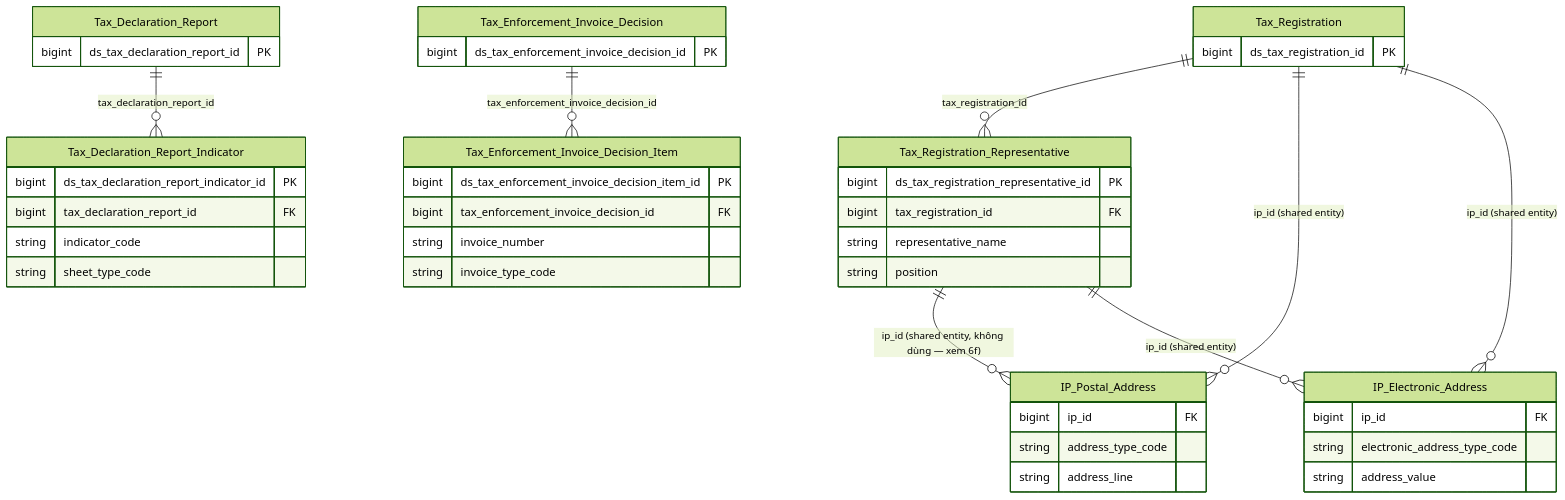
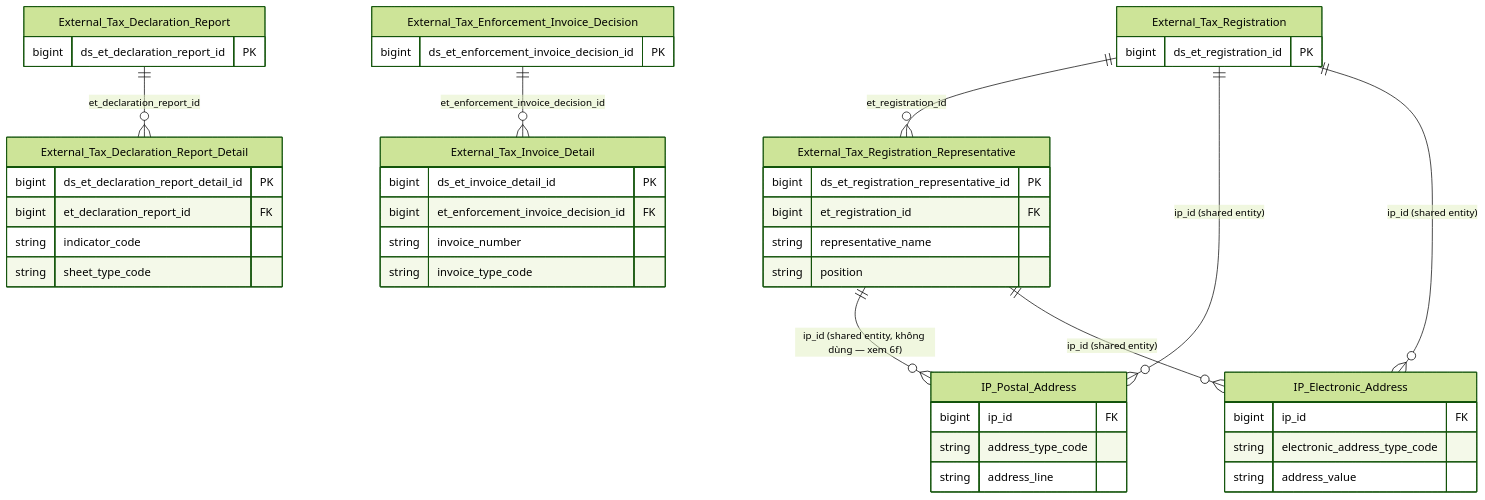
Before and after one commit to linhlvit/ubck_atomic_design: the second of 2 diagrams in DataModel/working/Atomic/hld/KNT_HLD_Tier2.md, drawn with Mermaid (forest theme). The commit also changed other lines of this file and 98 other files, not shown here.

````diff
--- a/DataModel/working/Atomic/hld/KNT_HLD_Tier2.md
+++ b/DataModel/working/Atomic/hld/KNT_HLD_Tier2.md
@@ -80,56 +80,56 @@
 ```mermaid
 erDiagram
-    Tax_Registration {
-        bigint ds_tax_registration_id PK
+    External_Tax_Registration {
+        bigint ds_et_registration_id PK
     }
 
-    Tax_Registration_Representative {
-        bigint ds_tax_registration_representative_id PK
-        bigint tax_registration_id FK
+    External_Tax_Registration_Representative {
+        bigint ds_et_registration_representative_id PK
+        bigint et_registration_id FK
         string representative_name
         string position
     }
 
-    Tax_Declaration_Report {
-        bigint ds_tax_declaration_report_id PK
+    External_Tax_Declaration_Report {
+        bigint ds_et_declaration_report_id PK
     }
 
-    Tax_Declaration_Report_Indicator {
-        bigint ds_tax_declaration_report_indicator_id PK
-        bigint tax_declaration_report_id FK
+    External_Tax_Declaration_Report_Detail {
+        bigint ds_et_declaration_report_detail_id PK
+        bigint et_declaration_report_id FK
         string indicator_code
         string sheet_type_code
     }
 
     IP_Postal_Address {
         bigint ip_id FK
         string address_type_code
         string address_line
     }
 
     IP_Electronic_Address {
         bigint ip_id FK
         string electronic_address_type_code
         string address_value
     }
 
-    Tax_Registration ||--o{ Tax_Registration_Representative : "tax_registration_id"
-    Tax_Registration ||--o{ IP_Postal_Address : "ip_id (shared entity)"
-    Tax_Registration ||--o{ IP_Electronic_Address : "ip_id (shared entity)"
-    Tax_Registration_Representative ||--o{ IP_Postal_Address : "ip_id (shared entity, không dùng — xem 6f)"
-    Tax_Registration_Representative ||--o{ IP_Electronic_Address : "ip_id (shared entity)"
-    Tax_Declaration_Report ||--o{ Tax_Declaration_Report_Indicator : "tax_declaration_report_id"
+    External_Tax_Registration ||--o{ External_Tax_Registration_Representative : "et_registration_id"
+    External_Tax_Registration ||--o{ IP_Postal_Address : "ip_id (shared entity)"
+    External_Tax_Registration ||--o{ IP_Electronic_Address : "ip_id (shared entity)"
+    External_Tax_Registration_Representative ||--o{ IP_Postal_Address : "ip_id (shared entity, không dùng — xem 6f)"
+    External_Tax_Registration_Representative ||--o{ IP_Electronic_Address : "ip_id (shared entity)"
+    External_Tax_Declaration_Report ||--o{ External_Tax_Declaration_Report_Detail : "et_declaration_report_id"
 
-    Tax_Enforcement_Invoice_Decision {
-        bigint ds_tax_enforcement_invoice_decision_id PK
+    External_Tax_Enforcement_Invoice_Decision {
+        bigint ds_et_enforcement_invoice_decision_id PK
     }
 
-    Tax_Enforcement_Invoice_Decision_Item {
-        bigint ds_tax_enforcement_invoice_decision_item_id PK
-        bigint tax_enforcement_invoice_decision_id FK
+    External_Tax_Invoice_Detail {
+        bigint ds_et_invoice_detail_id PK
+        bigint et_enforcement_invoice_decision_id FK
         string invoice_number
         string invoice_type_code
     }
 
-    Tax_Enforcement_Invoice_Decision ||--o{ Tax_Enforcement_Invoice_Decision_Item : "tax_enforcement_invoice_decision_id"
+    External_Tax_Enforcement_Invoice_Decision ||--o{ External_Tax_Invoice_Detail : "et_enforcement_invoice_decision_id"
 ```
````
